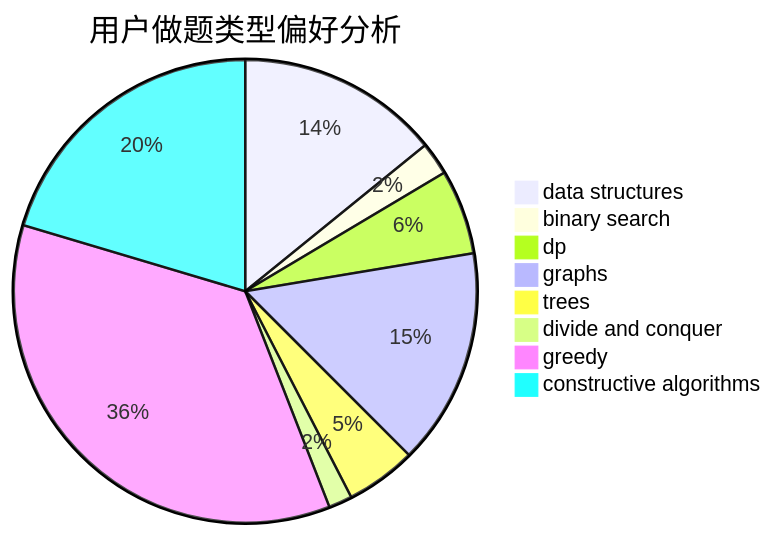
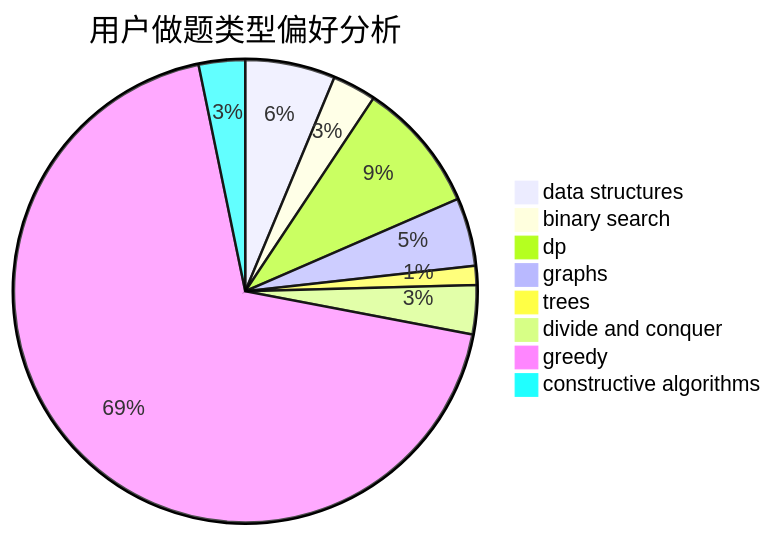
Before and after one commit to sherpahu/cfrs.github.io: the second of 3 diagrams in docs/user/u7.md, drawn with Mermaid. The commit also changed other lines of this file and 2770 other files, not shown here.

````diff
--- a/docs/user/u7.md
+++ b/docs/user/u7.md
@@ -23,11 +23,11 @@
 ```mermaid
 pie title 用户做题类型偏好分析
-    "data structures" :  43
-    "binary search" :  7
-    "dp" :  18
-    "graphs" :  46
-    "trees" :  15
-    "divide and conquer" :  5
-    "greedy" :  108
-    "constructive algorithms" :  62
+    "data structures" :  33
+    "binary search" :  16
+    "dp" :  48
+    "graphs" :  25
+    "trees" :  7
+    "divide and conquer" :  18
+    "greedy" :  361
+    "constructive algorithms" :  17
 ```
````
